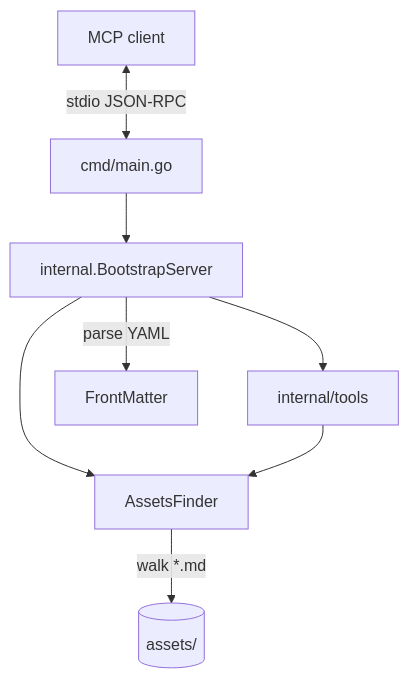
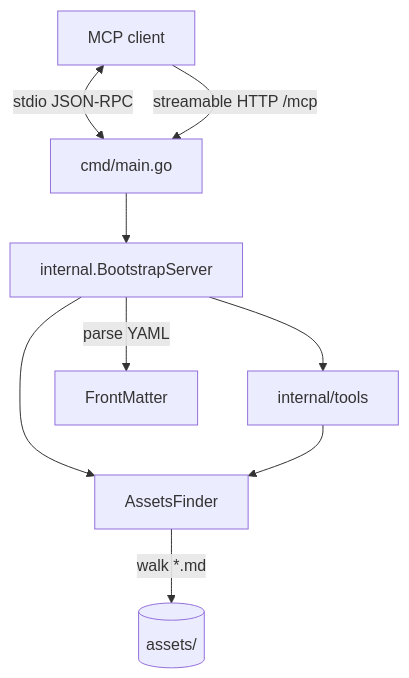
One commit to bensoer/mcp changed the diagram in docs/ARCHITECTURE.md. Above: the diagram before and after it, drawn with Mermaid. The commit also changed other lines of this file and 4 other files, not shown here.

First line of the commit message:
docs: document streamable HTTP transport

````diff
--- a/docs/ARCHITECTURE.md
+++ b/docs/ARCHITECTURE.md
@@ -3,10 +3,11 @@
 ```mermaid
 graph TD
     Client[MCP client] <-->|stdio JSON-RPC| Main[cmd/main.go]
+    Client[MCP client] -->|streamable HTTP /mcp| Main
     Main --> Bootstrap[internal.BootstrapServer]
     Bootstrap --> Finder[AssetsFinder]
     Bootstrap --> Tools[internal/tools]
     Finder -->|walk *.md| Assets[(assets/)]
     Bootstrap -->|parse YAML| FM[FrontMatter]
     Tools --> Finder
 ```
````
